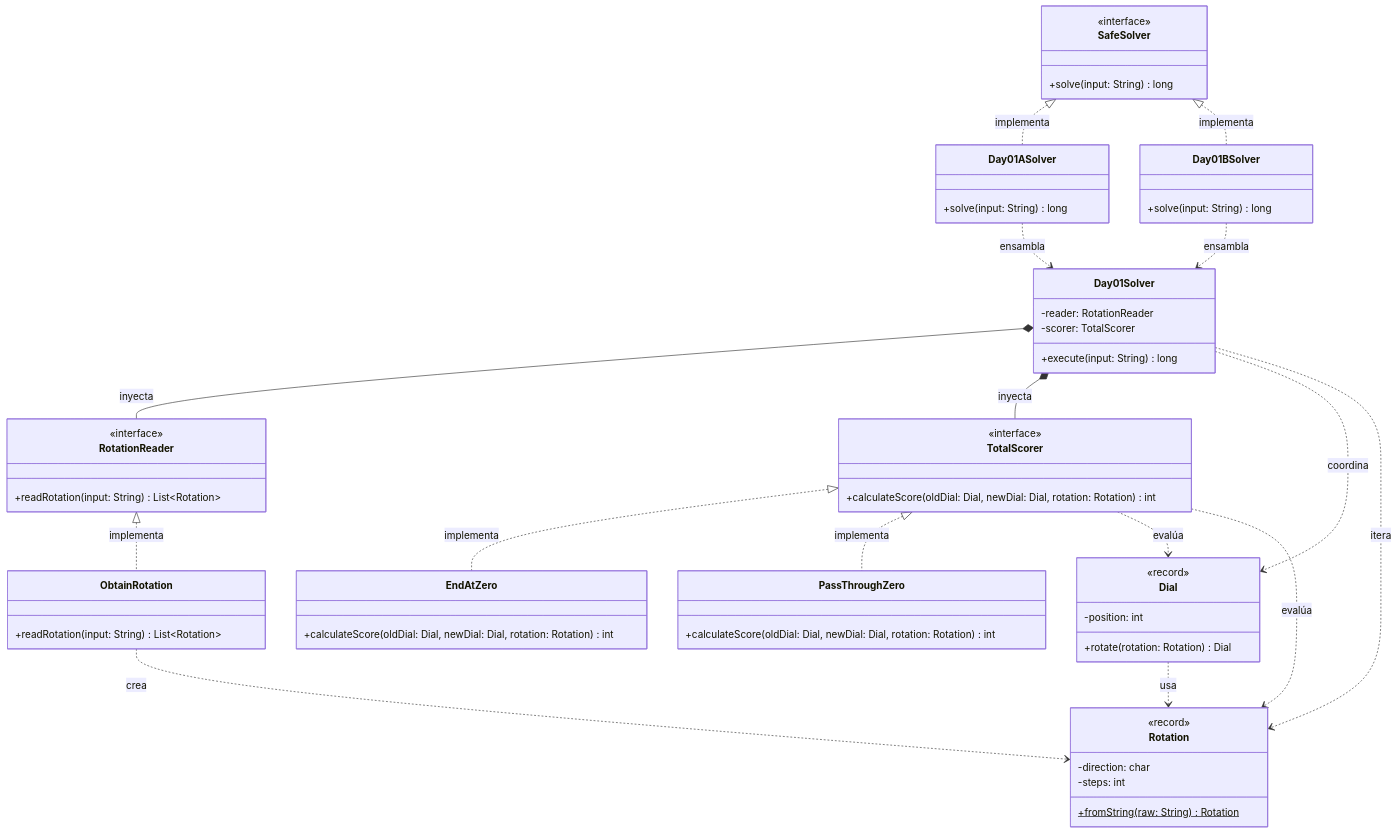
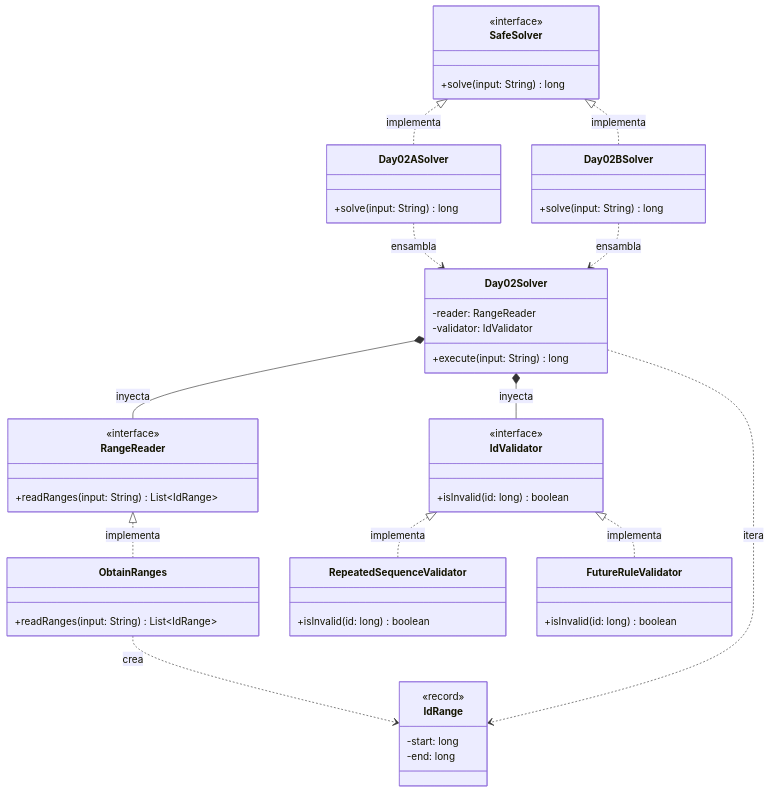
One commit to ivanperezdiaz829/AoC2025 changed the diagram in src/main/java/software/aoc/day01/README.md. Above: the diagram before and after it, drawn with Mermaid. The commit also changed other lines of this file and 5 other files, not shown here.

````diff
--- a/src/main/java/software/aoc/day01/README.md
+++ b/src/main/java/software/aoc/day01/README.md
@@ -37,77 +37,66 @@
 ```mermaid
 classDiagram
-    class SafeSolver {
-        <<interface>>
-        +solve(input: String) long
-    }
+  class SafeSolver {
+    <<interface>>
+    +solve(input: String) long
+  }
 
-    class Day01ASolver {
-        +solve(input: String) long
-    }
+  class Day02ASolver {
+    +solve(input: String) long
+  }
 
-    class Day01BSolver {
-        +solve(input: String) long
-    }
+  class Day02BSolver {
+    +solve(input: String) long
+  }
 
-    class Day01Solver {
-        -reader: RotationReader
-        -scorer: TotalScorer
-        +execute(input: String) long
-    }
+  class Day02Solver {
+    -reader: RangeReader
+    -validator: IdValidator
+    +execute(input: String) long
+  }
 
-    class Rotation {
-        <<record>>
-        -direction: char
-        -steps: int
-        +fromString(raw: String)$ Rotation
-    }
+  class IdRange {
+    <<record>>
+    -start: long
+    -end: long
+  }
 
-    class RotationReader {
-        <<interface>>
-        +readRotation(input: String) List~Rotation~
-    }
+  class RangeReader {
+    <<interface>>
+    +readRanges(input: String) List~IdRange~
+  }
 
-    class ObtainRotation {
-        +readRotation(input: String) List~Rotation~
-    }
+  class ObtainRanges {
+    +readRanges(input: String) List~IdRange~
+  }
 
-    class TotalScorer {
-        <<interface>>
-        +calculateScore(oldDial: Dial, newDial: Dial, rotation: Rotation) int
-    }
+  class IdValidator {
+    <<interface>>
+    +isInvalid(id: long) boolean
+  }
 
-    class EndAtZero {
-        +calculateScore(oldDial: Dial, newDial: Dial, rotation: Rotation) int
-    }
+  class RepeatedSequenceValidator {
+    +isInvalid(id: long) boolean
+  }
 
-    class PassThroughZero {
-        +calculateScore(oldDial: Dial, newDial: Dial, rotation: Rotation) int
-    }
+  class FutureRuleValidator {
+    +isInvalid(id: long) boolean
+  }
 
-    class Dial {
-        <<record>>
-        -position: int
-        +rotate(rotation: Rotation) Dial
-    }
+%% Relaciones de Implementación
+  SafeSolver <|.. Day02ASolver : implementa
+  SafeSolver <|.. Day02BSolver : implementa
+  RangeReader <|.. ObtainRanges : implementa
+  IdValidator <|.. RepeatedSequenceValidator : implementa
+  IdValidator <|.. FutureRuleValidator : implementa
 
-    %% Relaciones de Implementación
-    SafeSolver <|.. Day01ASolver : implementa
-    SafeSolver <|.. Day01BSolver : implementa
-    RotationReader <|.. ObtainRotation : implementa
-    TotalScorer <|.. EndAtZero : implementa
-    TotalScorer <|.. PassThroughZero : implementa
-    
-    %% Relaciones de Orquestación e Inyección
-    Day01ASolver ..> Day01Solver : ensambla
-    Day01BSolver ..> Day01Solver : ensambla
-    Day01Solver *-- RotationReader : inyecta
-    Day01Solver *-- TotalScorer : inyecta
-    
-    %% Dependencias de Dominio (Value Objects e Inmutabilidad)
-    ObtainRotation ..> Rotation : crea
-    Day01Solver ..> Dial : coordina
-    Day01Solver ..> Rotation : itera
-    TotalScorer ..> Dial : evalúa
-    TotalScorer ..> Rotation : evalúa
-    Dial ..> Rotation : usa
+%% Relaciones de Orquestación e Inyección
+  Day02ASolver ..> Day02Solver : ensambla
+  Day02BSolver ..> Day02Solver : ensambla
+  Day02Solver *-- RangeReader : inyecta
+  Day02Solver *-- IdValidator : inyecta
+
+%% Dependencias de Dominio (Value Objects e Inmutabilidad)
+  ObtainRanges ..> IdRange : crea
+  Day02Solver ..> IdRange : itera
 ```
````
